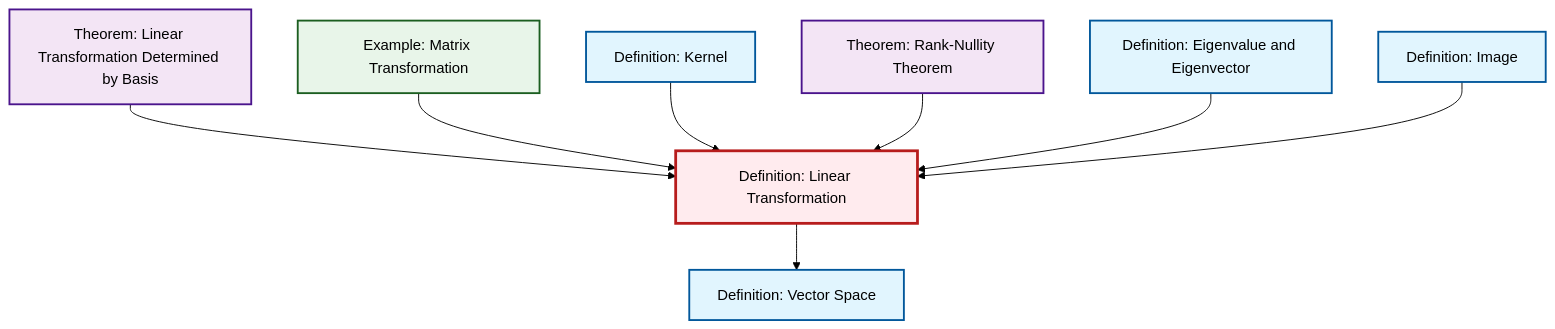
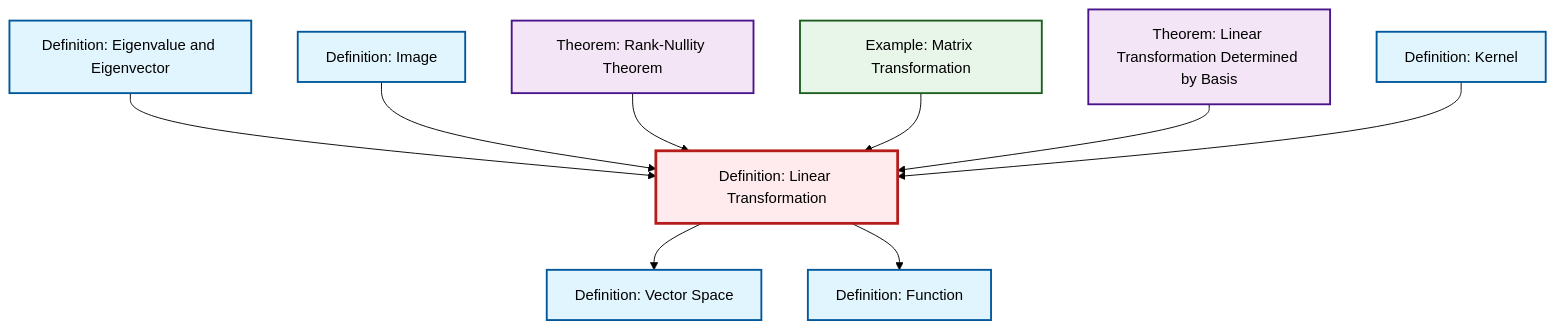
One commit to RK0429/ModernMath changed the diagram in content/en/algebra/def-linear-transformation.qmd. Above: the diagram before and after it, drawn with Mermaid (forest theme). The commit also changed 554 other files, not shown here.

````diff
--- a/content/en/algebra/def-linear-transformation.qmd
+++ b/content/en/algebra/def-linear-transformation.qmd
@@ -46,32 +46,35 @@
 ```{mermaid}
 %%| fig-cap: "Local dependency graph"
 graph TD
     classDef definition fill:#e1f5fe,stroke:#01579b,stroke-width:2px
     classDef theorem fill:#f3e5f5,stroke:#4a148c,stroke-width:2px
     classDef axiom fill:#fff3e0,stroke:#e65100,stroke-width:2px
     classDef example fill:#e8f5e9,stroke:#1b5e20,stroke-width:2px
     classDef current fill:#ffebee,stroke:#b71c1c,stroke-width:3px
+    def-vector-space["Definition: Vector Space"]:::definition
     thm-linear-transformation-basis["Theorem: Linear Transformation Determined by Basis"]:::theorem
     thm-rank-nullity["Theorem: Rank-Nullity Theorem"]:::theorem
     def-image["Definition: Image"]:::definition
+    def-kernel["Definition: Kernel"]:::definition
     def-linear-transformation["Definition: Linear Transformation"]:::definition
+    def-function["Definition: Function"]:::definition
+    ex-matrix-transformation["Example: Matrix Transformation"]:::example
     def-eigenvalue-eigenvector["Definition: Eigenvalue and Eigenvector"]:::definition
-    ex-matrix-transformation["Example: Matrix Transformation"]:::example
-    def-vector-space["Definition: Vector Space"]:::definition
-    def-kernel["Definition: Kernel"]:::definition
+    def-linear-transformation --> def-vector-space
+    def-linear-transformation --> def-function
+    def-eigenvalue-eigenvector --> def-linear-transformation
+    def-image --> def-linear-transformation
+    thm-rank-nullity --> def-linear-transformation
+    ex-matrix-transformation --> def-linear-transformation
     thm-linear-transformation-basis --> def-linear-transformation
-    ex-matrix-transformation --> def-linear-transformation
     def-kernel --> def-linear-transformation
-    thm-rank-nullity --> def-linear-transformation
-    def-eigenvalue-eigenvector --> def-linear-transformation
-    def-linear-transformation --> def-vector-space
-    def-image --> def-linear-transformation
     class def-linear-transformation current
+    click def-vector-space "def-vector-space.html" "Go to Vector Space definition"
     click thm-linear-transformation-basis "thm-linear-transformation-basis.html" "Go to Linear Transformation Determined by Basis theorem"
     click thm-rank-nullity "thm-rank-nullity.html" "Go to Rank-Nullity Theorem theorem"
     click def-image "def-image.html" "Go to Image definition"
+    click def-kernel "def-kernel.html" "Go to Kernel definition"
+    click def-function "def-function.html" "Go to Function definition"
+    click ex-matrix-transformation "ex-matrix-transformation.html" "Go to Matrix Transformation example"
     click def-eigenvalue-eigenvector "def-eigenvalue-eigenvector.html" "Go to Eigenvalue and Eigenvector definition"
-    click ex-matrix-transformation "ex-matrix-transformation.html" "Go to Matrix Transformation example"
-    click def-vector-space "def-vector-space.html" "Go to Vector Space definition"
-    click def-kernel "def-kernel.html" "Go to Kernel definition"
 ```
````
